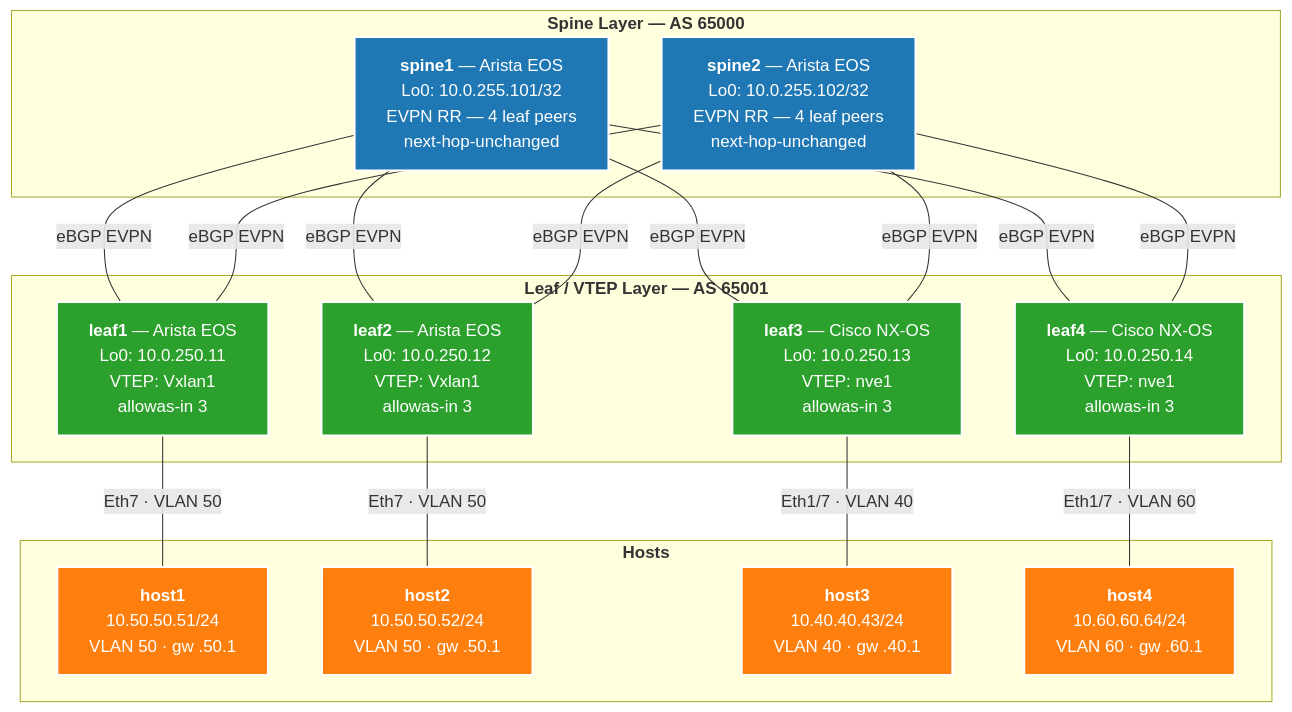
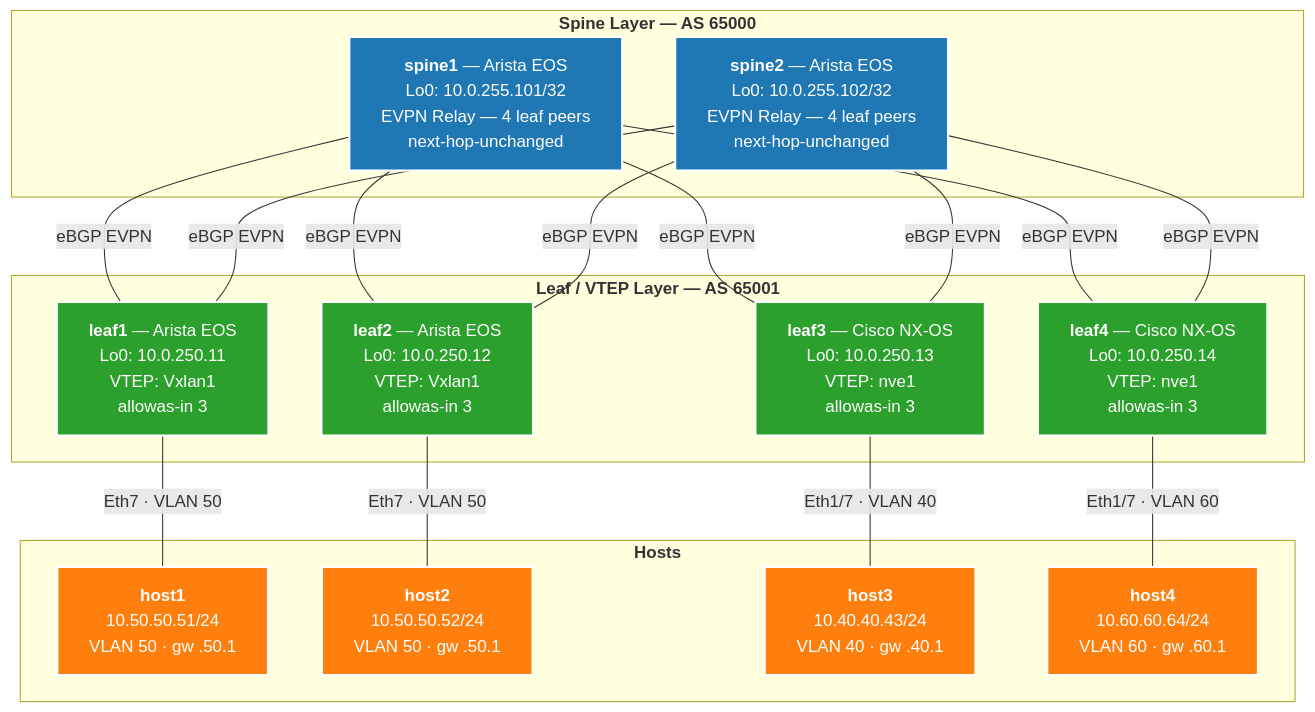
One commit to andubiel/zt-201-network-automation-workshop changed the first of 7 diagrams in content/modules/ROOT/pages/overlay-configs-topology.md. Above: the diagram before and after it, drawn with Mermaid. The commit also changed 1 other file, not shown here.

````diff
--- a/content/modules/ROOT/pages/overlay-configs-topology.md
+++ b/content/modules/ROOT/pages/overlay-configs-topology.md
@@ -5,43 +5,43 @@
 ```mermaid
 graph TD
     subgraph Spines ["<b>Spine Layer — AS 65000</b>"]
-        S1["<b>spine1</b> — Arista EOS<br>Lo0: 10.0.255.101/32<br>EVPN RR — 4 leaf peers<br>next-hop-unchanged"]
-        S2["<b>spine2</b> — Arista EOS<br>Lo0: 10.0.255.102/32<br>EVPN RR — 4 leaf peers<br>next-hop-unchanged"]
+        S1["<b>spine1</b> — Arista EOS<br>Lo0: 10.0.255.101/32<br>EVPN Relay — 4 leaf peers<br>next-hop-unchanged"]
+        S2["<b>spine2</b> — Arista EOS<br>Lo0: 10.0.255.102/32<br>EVPN Relay — 4 leaf peers<br>next-hop-unchanged"]
     end
 
     subgraph Leafs ["<b>Leaf / VTEP Layer — AS 65001</b>"]
         L1["<b>leaf1</b> — Arista EOS<br>Lo0: 10.0.250.11<br>VTEP: Vxlan1<br>allowas-in 3"]
         L2["<b>leaf2</b> — Arista EOS<br>Lo0: 10.0.250.12<br>VTEP: Vxlan1<br>allowas-in 3"]
         L3["<b>leaf3</b> — Cisco NX-OS<br>Lo0: 10.0.250.13<br>VTEP: nve1<br>allowas-in 3"]
         L4["<b>leaf4</b> — Cisco NX-OS<br>Lo0: 10.0.250.14<br>VTEP: nve1<br>allowas-in 3"]
     end
 
     subgraph Hosts ["<b>Hosts</b>"]
         H1["<b>host1</b><br>10.50.50.51/24<br>VLAN 50 · gw .50.1"]
         H2["<b>host2</b><br>10.50.50.52/24<br>VLAN 50 · gw .50.1"]
         H3["<b>host3</b><br>10.40.40.43/24<br>VLAN 40 · gw .40.1"]
         H4["<b>host4</b><br>10.60.60.64/24<br>VLAN 60 · gw .60.1"]
     end
 
     S1 ---|"eBGP EVPN"| L1
     S1 ---|"eBGP EVPN"| L2
     S1 ---|"eBGP EVPN"| L3
     S1 ---|"eBGP EVPN"| L4
 
     S2 ---|"eBGP EVPN"| L1
     S2 ---|"eBGP EVPN"| L2
     S2 ---|"eBGP EVPN"| L3
     S2 ---|"eBGP EVPN"| L4
 
     L1 ---|"Eth7 · VLAN 50"| H1
     L2 ---|"Eth7 · VLAN 50"| H2
     L3 ---|"Eth1/7 · VLAN 40"| H3
     L4 ---|"Eth1/7 · VLAN 60"| H4
 
     classDef spine fill:#1f77b4,stroke:#fff,stroke-width:2px,color:#fff
     classDef leaf fill:#2ca02c,stroke:#fff,stroke-width:2px,color:#fff
     classDef host fill:#ff7f0e,stroke:#fff,stroke-width:2px,color:#fff
     class S1,S2 spine
     class L1,L2,L3,L4 leaf
     class H1,H2,H3,H4 host
 ```
````
